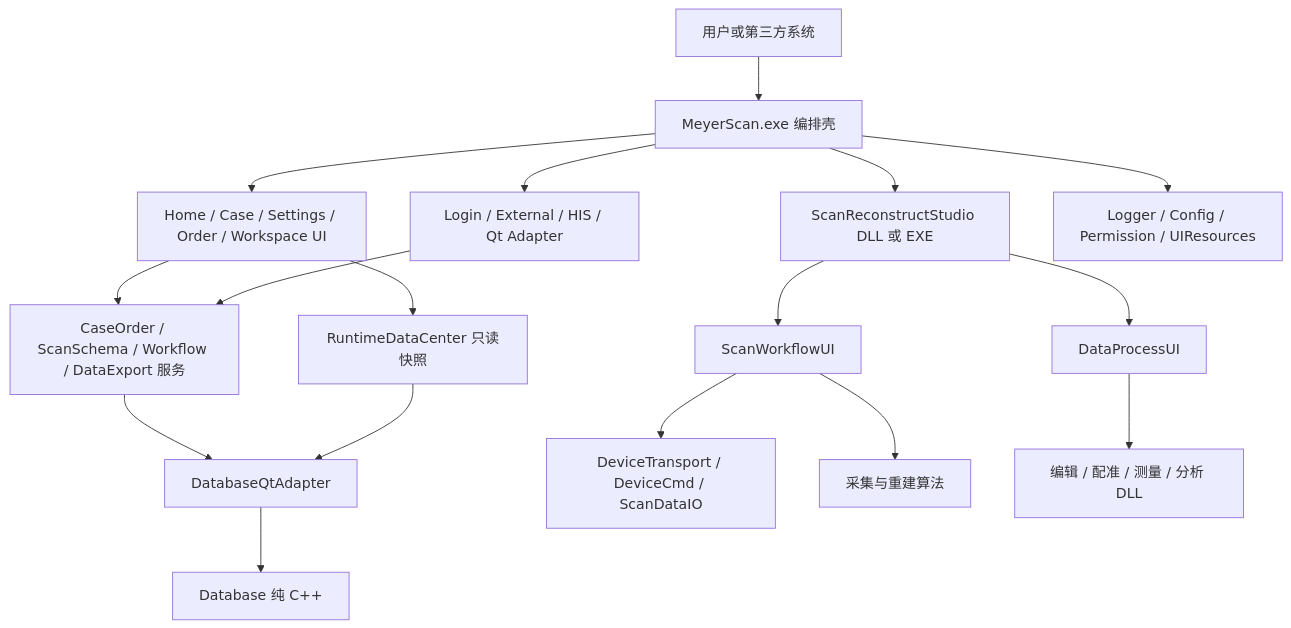
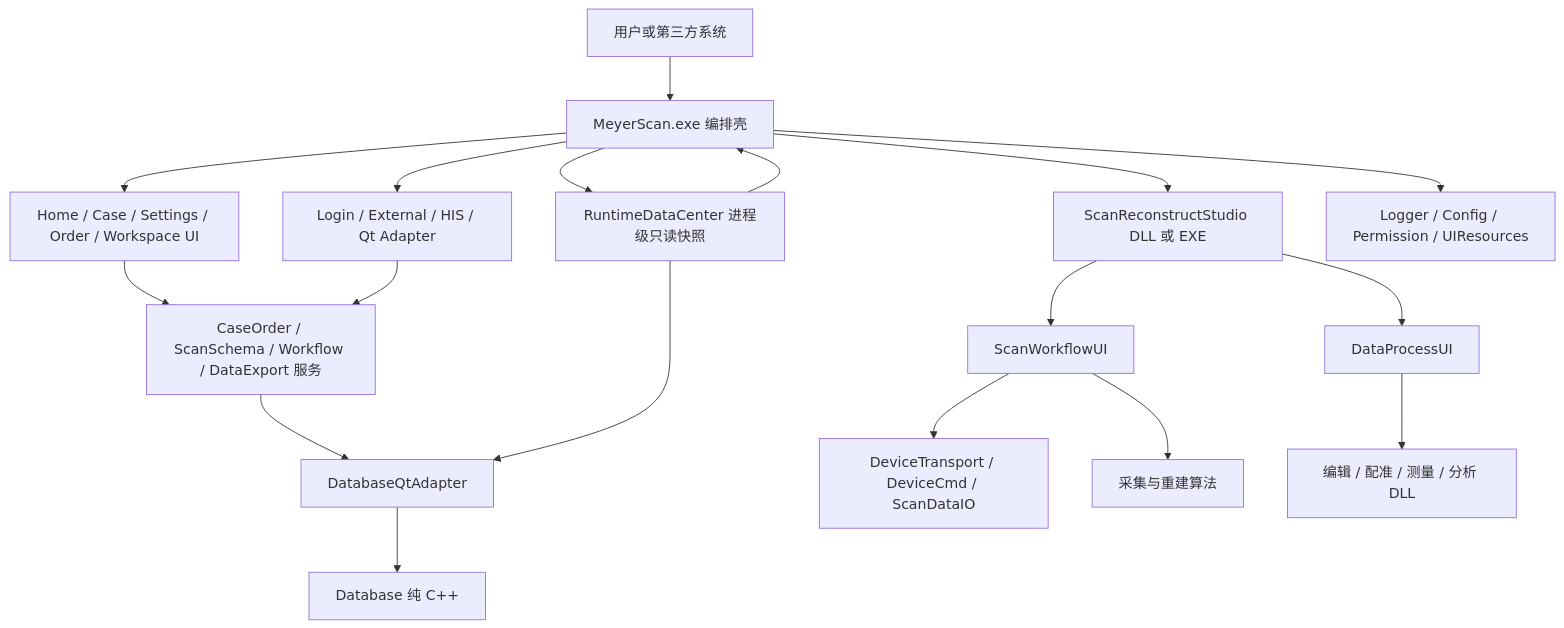
The diagram in Documents/MeyerScan架构设计与接口规范.md (weijian118/MeyerScan), drawn with Mermaid before and after one commit. The commit also changed other lines of this file and 132 other files, not shown here.

````diff
--- a/Documents/MeyerScan架构设计与接口规范.md
+++ b/Documents/MeyerScan架构设计与接口规范.md
@@ -20,19 +20,20 @@
 ```mermaid
 flowchart TD
     User["用户或第三方系统"] --> Main["MeyerScan.exe 编排壳"]
     Main --> UI["Home / Case / Settings / Order / Workspace UI"]
     Main --> Adapter["Login / External / HIS / Qt Adapter"]
     UI --> Service["CaseOrder / ScanSchema / Workflow / DataExport 服务"]
-    UI --> Runtime["RuntimeDataCenter 只读快照"]
+    Main --> Runtime["RuntimeDataCenter 进程级只读快照"]
+    Runtime --> Main
     Adapter --> Service
     Service --> DbAdapter["DatabaseQtAdapter"]
     Runtime --> DbAdapter
     DbAdapter --> Database["Database 纯 C++"]
     Main --> ScanShell["ScanReconstructStudio DLL 或 EXE"]
     ScanShell --> ScanUI["ScanWorkflowUI"]
     ScanShell --> ProcessUI["DataProcessUI"]
     ScanUI --> Device["DeviceTransport / DeviceCmd / ScanDataIO"]
     ScanUI --> Algorithm["采集与重建算法"]
     ProcessUI --> Tools["编辑 / 配准 / 测量 / 分析 DLL"]
     Main --> Infra["Logger / Config / Permission / UIResources"]
 ```
````
